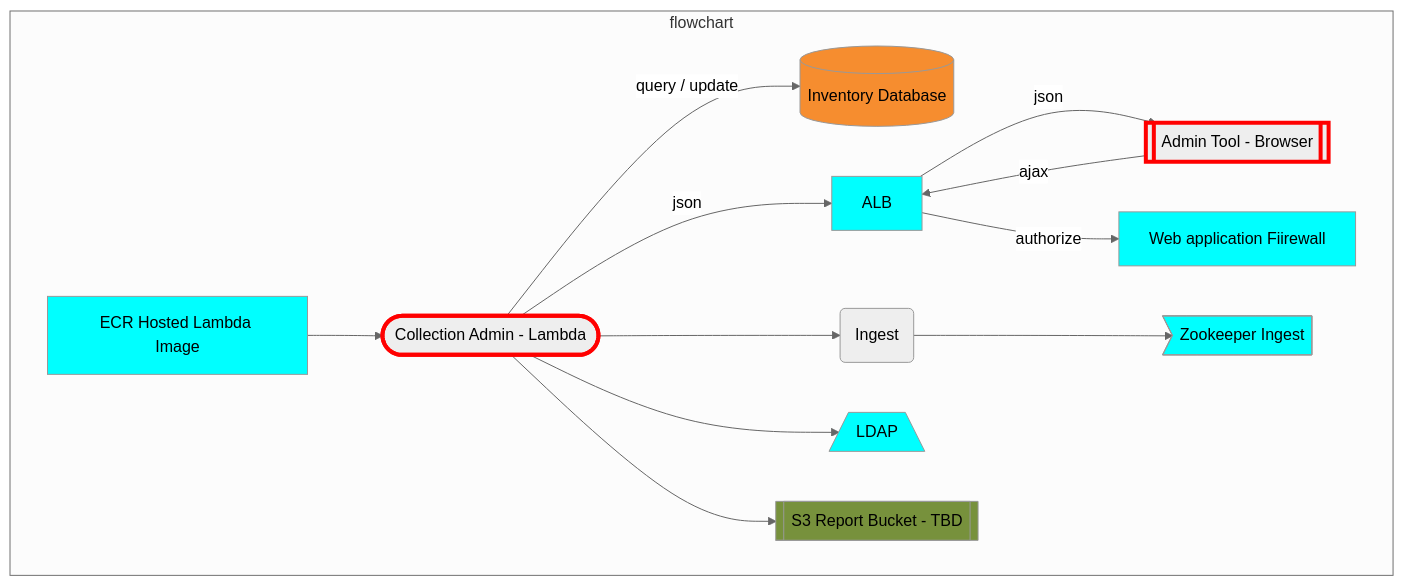
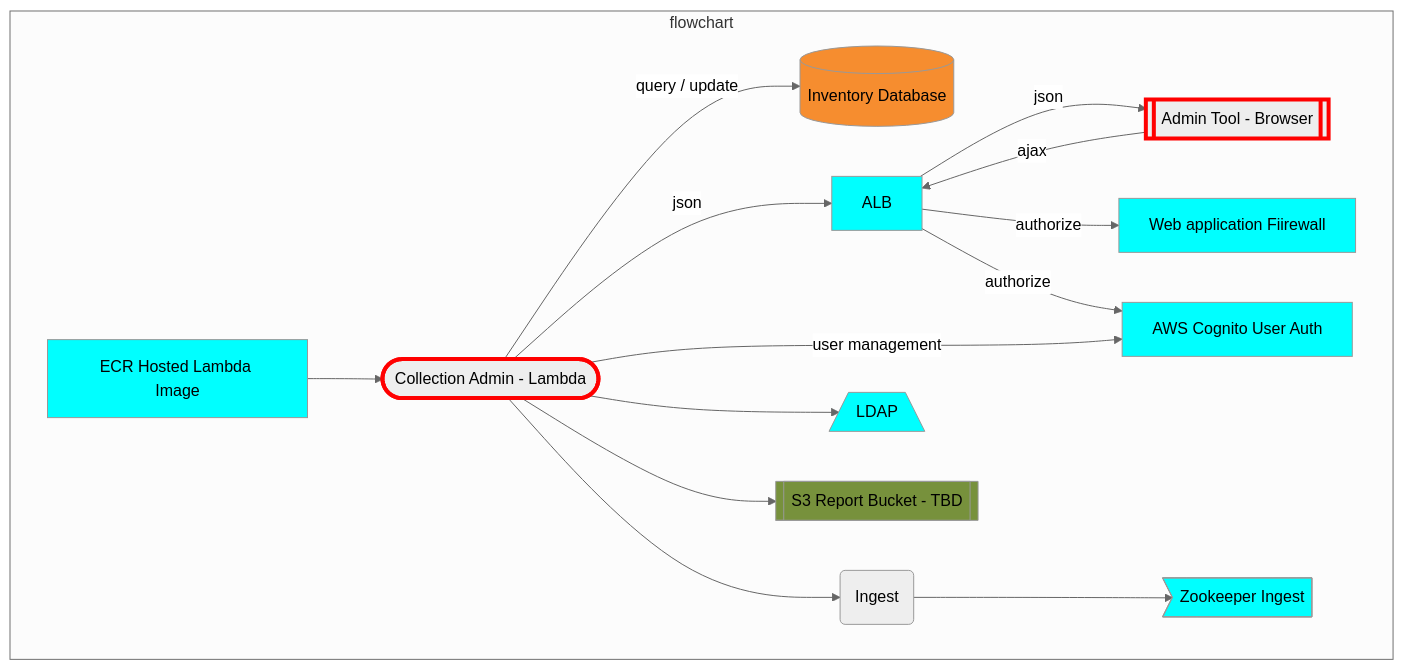
One commit to CDLUC3/mrt-doc changed the diagram in diagrams/colladmin.mmd. Above: the diagram before and after it, drawn with Mermaid. The commit also changed 6 other files, not shown here.

Commit message:
update admin tool diagrams with cognito

```diff
--- a/diagrams/colladmin.mmd
+++ b/diagrams/colladmin.mmd
@@ -1,38 +1,42 @@
 %%{init: {'theme': 'neutral', 'securityLevel': 'loose'}}%%
 graph TD
   RDSINV[(Inventory Database)]
   COLLADMIN([Collection Admin - Lambda])
   click COLLADMIN href "https://github.com/CDLUC3/mrt-admin-lambda" "source code"
   ADMINWEB[[Admin Tool - Browser]]
   click ADMINWEB href "https://github.com/CDLUC3/mrt-admin-lambda" "source code"
   WAF[Web application Fiirewall]
+  COG[AWS Cognito User Auth]
   ECR[ECR Hosted Lambda Image]
   ING(Ingest)
   click ING href "https://github.com/CDLUC3/mrt-ingest" "source code"
   ZOOING>Zookeeper Ingest]
   click ZOOING href "https://github.com/CDLUC3/mrt-zoo" "source code"
   LDAP[/LDAP\]
   S3RPT[[S3 Report Bucket - TBD]]
 
   subgraph flowchart
     COLLADMIN --> |"query / update"| RDSINV
     COLLADMIN --> |json| ALB
     ADMINWEB --> |ajax| ALB
     ALB --> |json| ADMINWEB
     ALB --> |authorize| WAF
+    ALB --> |authorize| COG
     ECR --> COLLADMIN
     COLLADMIN --> ING
     COLLADMIN --> LDAP
     COLLADMIN --> S3RPT
+    COLLADMIN --> |user management| COG
     ING --> ZOOING
   end
   
   style RDSINV fill:#F68D2F
   style COLLADMIN stroke:red,stroke-width:4px
   style ADMINWEB stroke:red,stroke-width:4px
   style ALB fill:cyan
   style WAF fill:cyan
+  style COG fill:cyan
   style ECR fill:cyan
   style ZOOING fill:cyan
   style LDAP fill:cyan
   style S3RPT fill:#77913C
```
